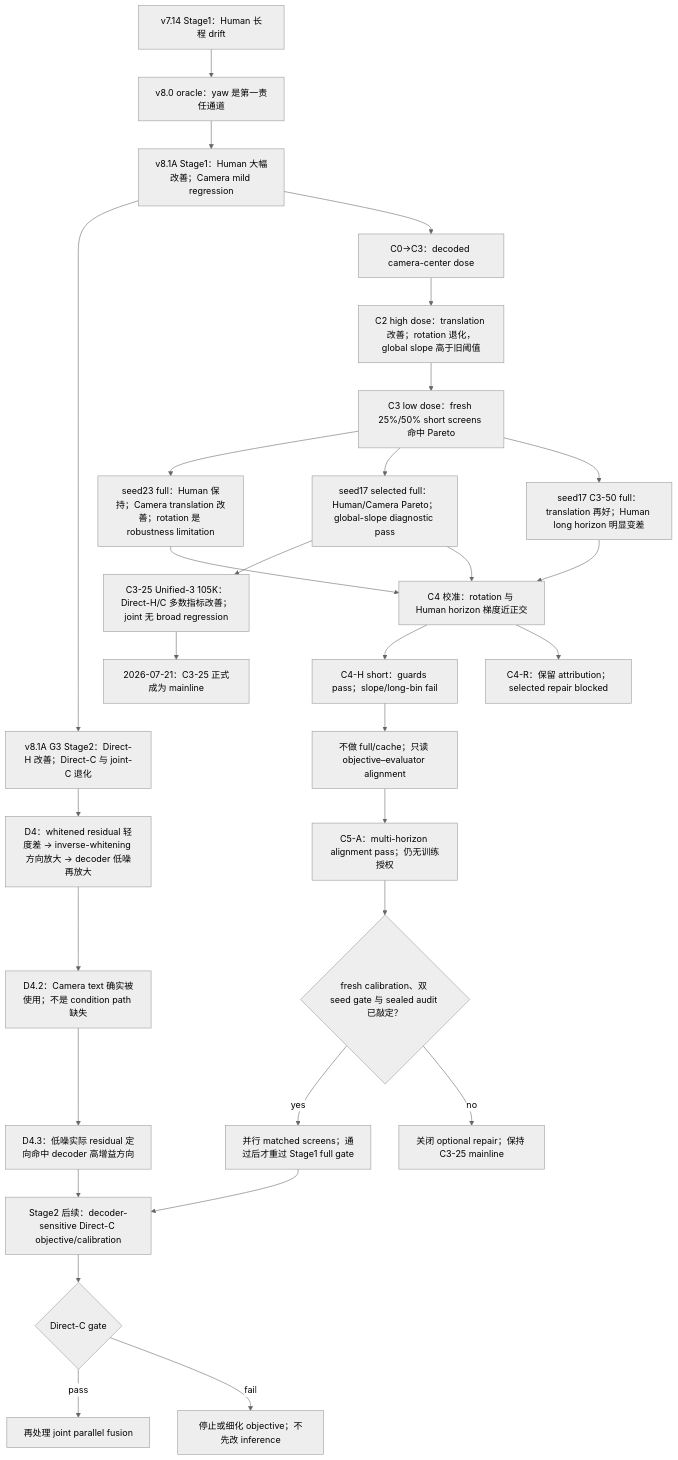
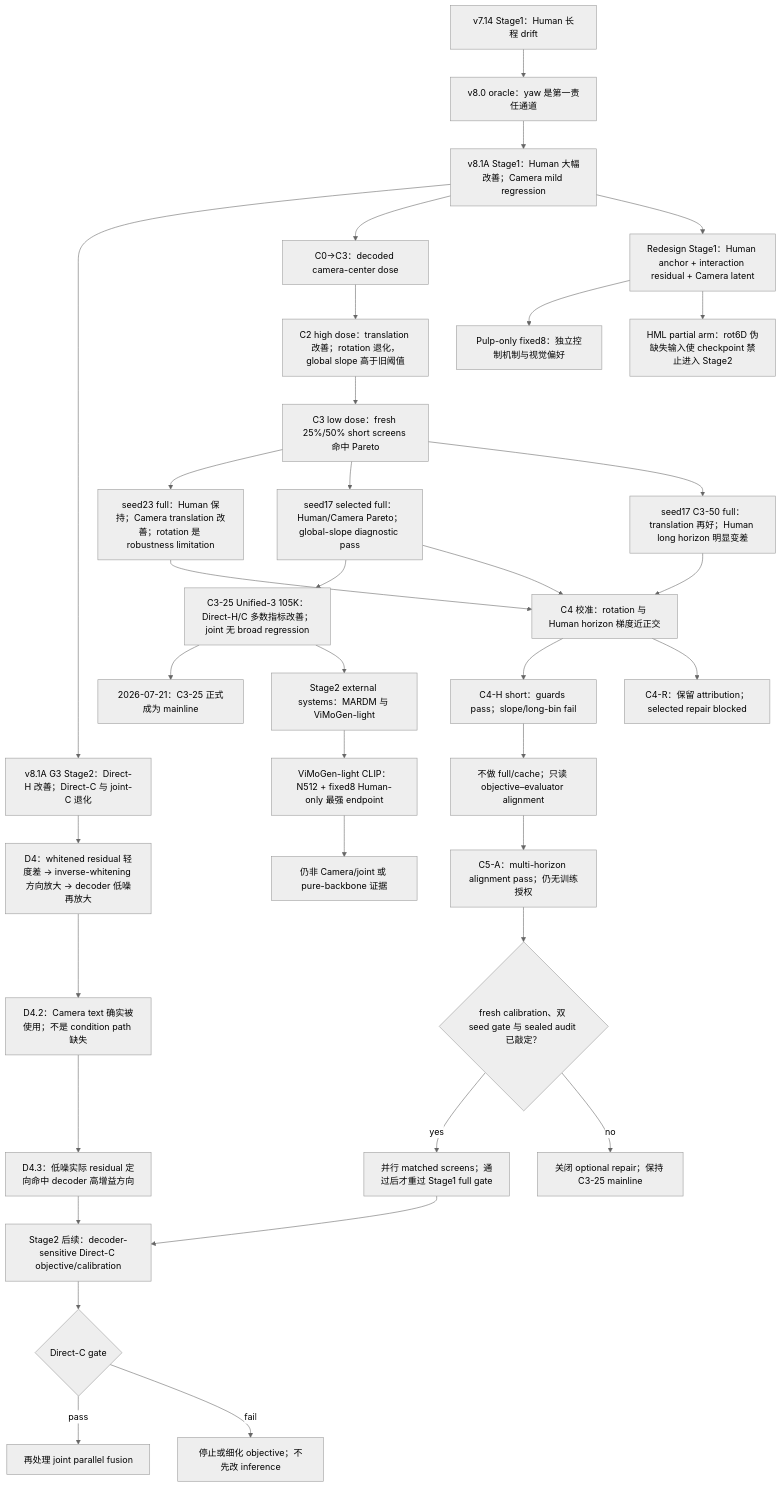
The diagram in obsidian-vault/ideas/StoryMotion/StoryMotion_Checkmate.md (RipeMangoBox/BITE), drawn with Mermaid (neutral theme) before and after one commit. The commit also changed other lines of this file and 21 other files, not shown here.

````diff
--- a/obsidian-vault/ideas/StoryMotion/StoryMotion_Checkmate.md
+++ b/obsidian-vault/ideas/StoryMotion/StoryMotion_Checkmate.md
@@ -35,32 +34,38 @@
 ```mermaid
 flowchart TD
     A["v7.14 Stage1：Human 长程 drift"] --> B["v8.0 oracle：yaw 是第一责任通道"]
     B --> C["v8.1A Stage1：Human 大幅改善；Camera mild regression"]
     C --> D["v8.1A G3 Stage2：Direct-H 改善；Direct-C 与 joint-C 退化"]
     C --> E["C0→C3：decoded camera-center dose"]
     E --> F["C2 high dose：translation 改善；rotation 退化，global slope 高于旧阈值"]
     F --> G["C3 low dose：fresh 25%/50% short screens 命中 Pareto"]
     G --> H["seed23 full：Human 保持；Camera translation 改善；rotation 是 robustness limitation"]
     G --> H2["seed17 selected full：Human/Camera Pareto；global-slope diagnostic pass"]
     G --> H3["seed17 C3-50 full：translation 再好；Human long horizon 明显变差"]
     H2 --> M["C3-25 Unified-3 105K：Direct-H/C 多数指标改善；joint 无 broad regression"]
     M --> V["2026-07-21：C3-25 正式成为 mainline"]
     D --> I["D4：whitened residual 轻度差 → inverse-whitening 方向放大 → decoder 低噪再放大"]
     I --> J["D4.2：Camera text 确实被使用；不是 condition path 缺失"]
     J --> J2["D4.3：低噪实际 residual 定向命中 decoder 高增益方向"]
     H --> K["C4 校准：rotation 与 Human horizon 梯度近正交"]
     H2 --> K
     H3 --> K
     K --> K2["C4-H short：guards pass；slope/long-bin fail"]
     K --> K3["C4-R：保留 attribution；selected repair blocked"]
     J2 --> L["Stage2 后续：decoder-sensitive Direct-C objective/calibration"]
     K2 --> N["不做 full/cache；只读 objective–evaluator alignment"]
     N --> U["C5-A：multi-horizon alignment pass；仍无训练授权"]
     U --> R{"fresh calibration、双 seed gate 与 sealed audit 已敲定？"}
     R -->|yes| S["并行 matched screens；通过后才重过 Stage1 full gate"]
     S --> L
     R -->|no| T["关闭 optional repair；保持 C3-25 mainline"]
     L --> O{"Direct-C gate"}
     O -->|pass| P["再处理 joint parallel fusion"]
     O -->|fail| Q["停止或细化 objective；不先改 inference"]
+    M --> W["Stage2 external systems：MARDM 与 ViMoGen-light"]
+    W --> X["ViMoGen-light CLIP：N512 + fixed8 Human-only 最强 endpoint"]
+    X --> X2["仍非 Camera/joint 或 pure-backbone 证据"]
+    C --> Y["Redesign Stage1：Human anchor + interaction residual + Camera latent"]
+    Y --> Z["Pulp-only fixed8：独立控制机制与视觉偏好"]
+    Y --> Z2["HML partial arm：rot6D 伪缺失输入使 checkpoint 禁止进入 Stage2"]
 ```
````
